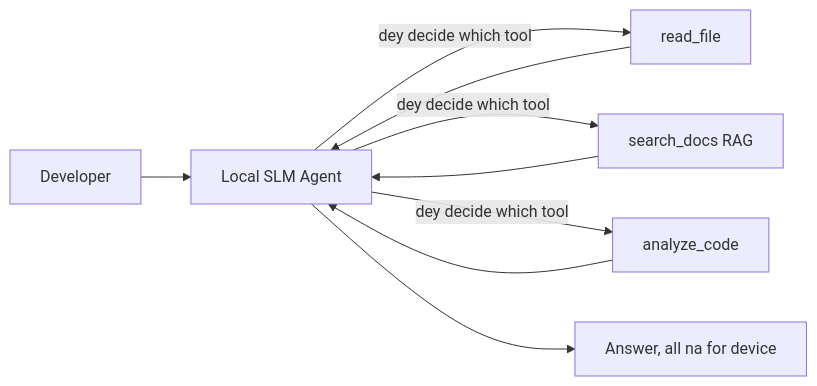
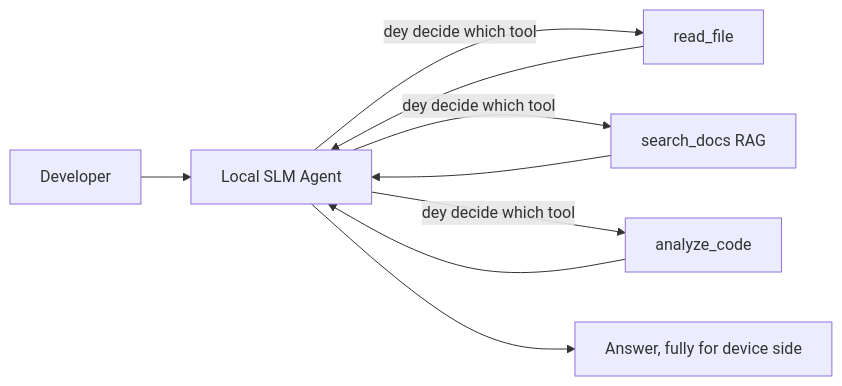
The first of 4 diagrams in translations/pcm/17-creating-local-ai-agents/README.md (microsoft/ai-agents-for-beginners), drawn with Mermaid before and after one commit. The commit also changed other lines of this file and 46 other files, not shown here.

````diff
--- a/translations/pcm/17-creating-local-ai-agents/README.md
+++ b/translations/pcm/17-creating-local-ai-agents/README.md
@@ -66,11 +66,11 @@
 ```mermaid
 flowchart LR
     U[Developer] --> A[Local SLM Agent]
     A -->|dey decide which tool| T1[read_file]
     A -->|dey decide which tool| T2[search_docs RAG]
     A -->|dey decide which tool| T3[analyze_code]
     T1 --> A
     T2 --> A
     T3 --> A
-    A --> R[Answer, all na for device]
+    A --> R[Answer, fully for device side]
 ```
````
